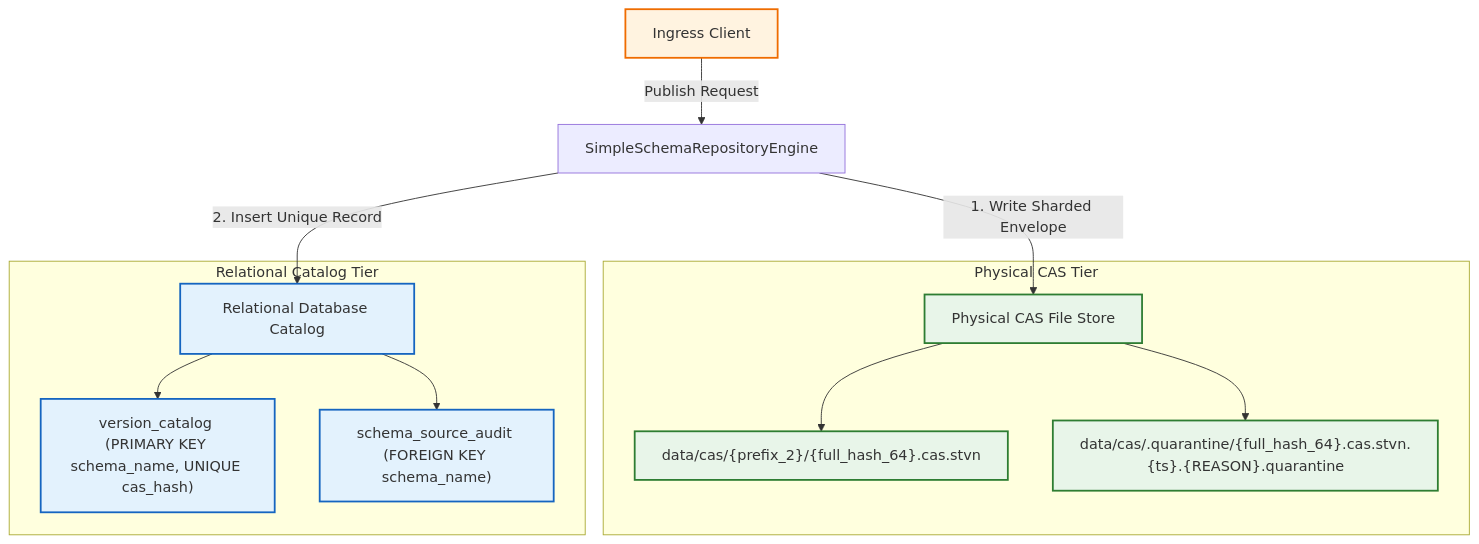
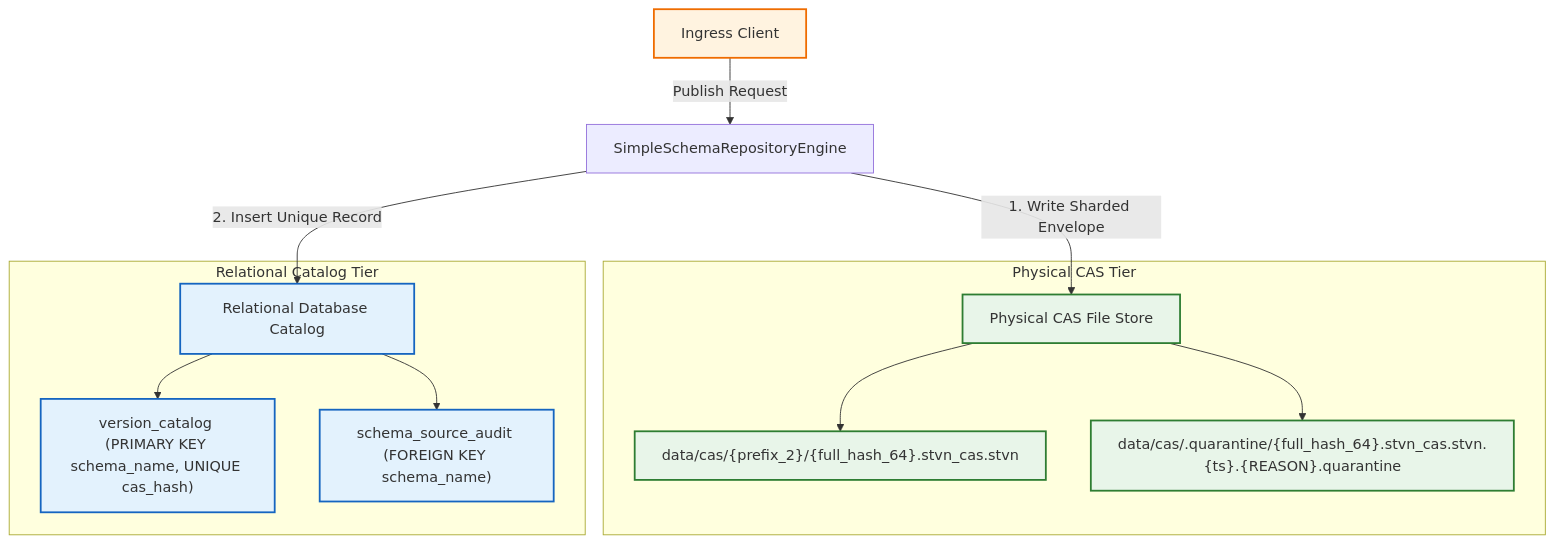
Before and after one commit to chaotic3quilibrium/stvnadore-repository: the second of 3 diagrams in docs/architecture/STVN_REPOSITORY_SPEC.md, drawn with Mermaid. The commit also changed other lines of this file and 13 other files, not shown here.

````diff
--- a/docs/architecture/STVN_REPOSITORY_SPEC.md
+++ b/docs/architecture/STVN_REPOSITORY_SPEC.md
@@ -129,20 +129,20 @@
 ```mermaid
 flowchart TD
     classDef cas fill:#E8F5E9,stroke:#2E7D32,stroke-width:2px;
     classDef db fill:#E3F2FD,stroke:#1565C0,stroke-width:2px;
     classDef client fill:#FFF3E0,stroke:#EF6C00,stroke-width:2px;
 
     Client["Ingress Client"]:::client -->|"Publish Request"| Engine["SimpleSchemaRepositoryEngine"]
     Engine -->|"1. Write Sharded Envelope"| CAS["Physical CAS File Store"]:::cas
     Engine -->|"2. Insert Unique Record"| DB["Relational Database Catalog"]:::db
 
     subgraph "Physical CAS Tier"
-        CAS --> ShardPath["data/cas/{prefix_2}/{full_hash_64}.cas.stvn"]:::cas
-        CAS --> Quarantine["data/cas/.quarantine/{full_hash_64}.cas.stvn.{ts}.{REASON}.quarantine"]:::cas
+        CAS --> ShardPath["data/cas/{prefix_2}/{full_hash_64}.stvn_cas.stvn"]:::cas
+        CAS --> Quarantine["data/cas/.quarantine/{full_hash_64}.stvn_cas.stvn.{ts}.{REASON}.quarantine"]:::cas
     end
 
     subgraph "Relational Catalog Tier"
         DB --> VC["version_catalog (PRIMARY KEY schema_name, UNIQUE cas_hash)"]:::db
         DB --> SA["schema_source_audit (FOREIGN KEY schema_name)"]:::db
     end
 ```
````
